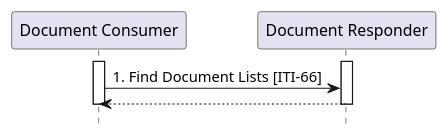
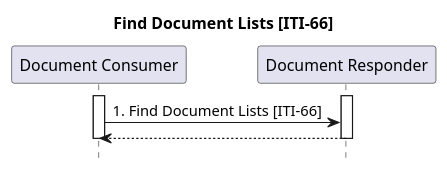
The diagram in input/images-source/ITI-66-seq.plantuml (IHE/ITI.MHD), drawn with PlantUML before and after one commit. The commit also changed 22 other files, not shown here.

```diff
--- a/input/images-source/ITI-66-seq.plantuml
+++ b/input/images-source/ITI-66-seq.plantuml
@@ -1,11 +1,12 @@
 @startuml
+title Find Document Lists [ITI-66]
 hide footbox
 participant "Document Consumer" as DocumentConsumer
 participant "Document Responder" as DocumentResponder
 activate "DocumentConsumer"
 activate "DocumentResponder"
 "DocumentConsumer" -> "DocumentResponder" : 1. Find Document Lists [ITI-66]
 return
 deactivate "DocumentConsumer"
 deactivate "DocumentResponder"
 @enduml
```
